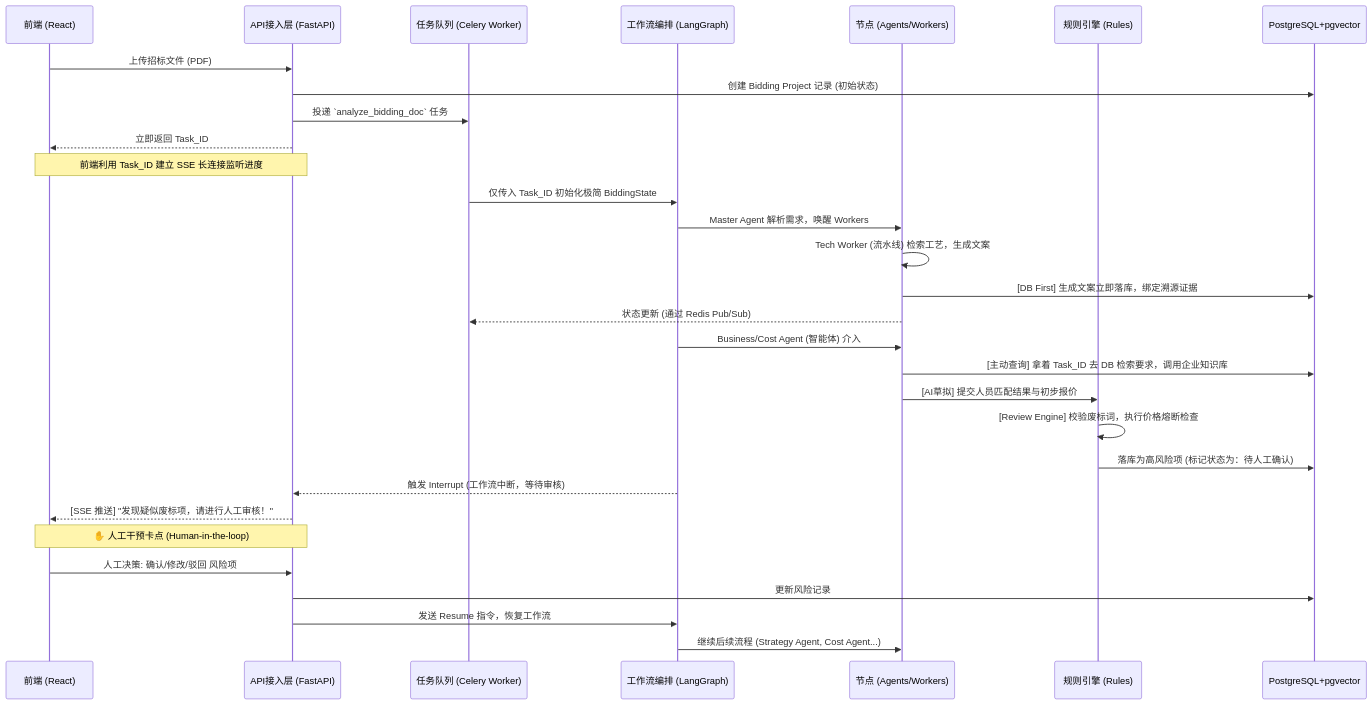
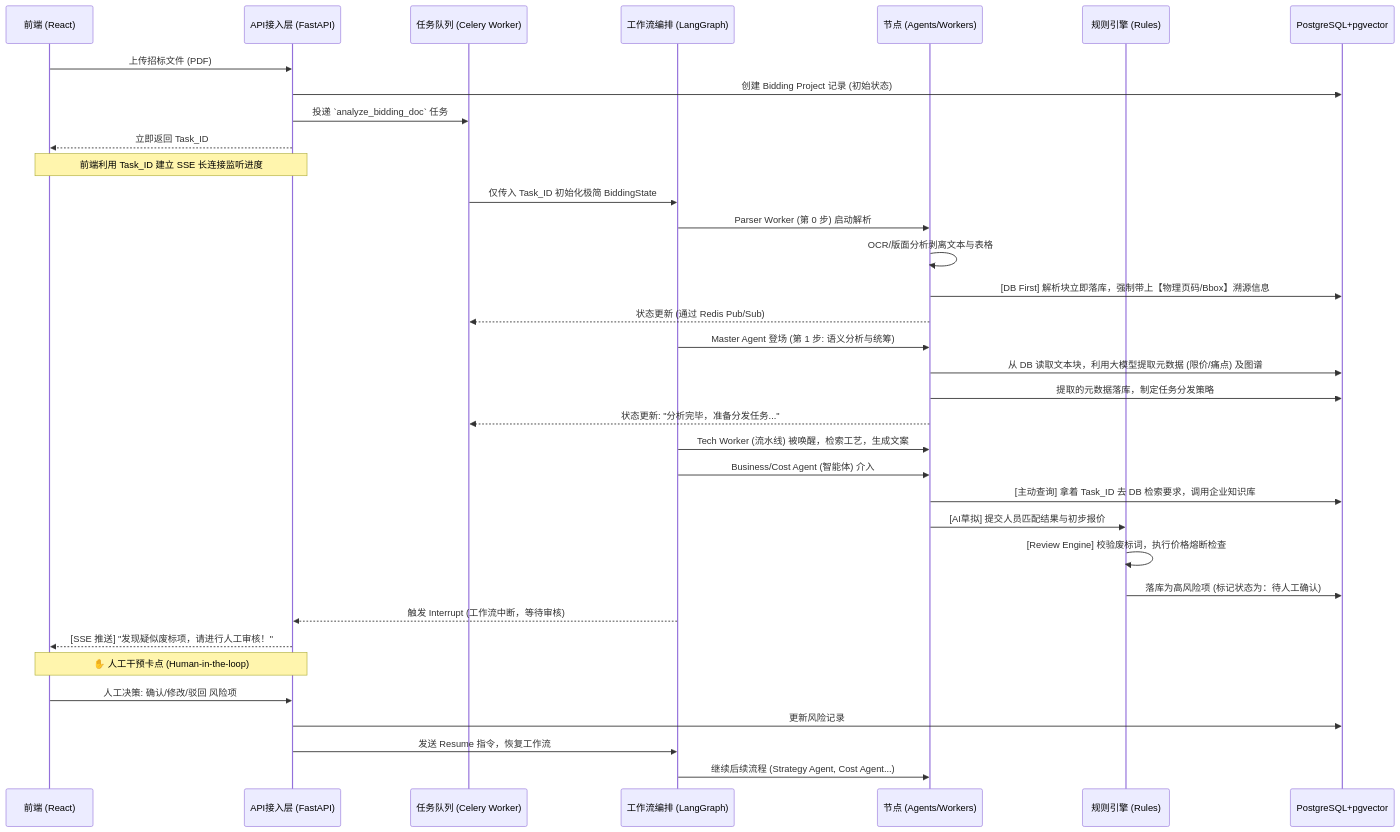
Before and after one commit to Jumao1225/bidding_sys: the diagram in docs/ARCHITECTURE_DESIGN.md, drawn with Mermaid. The commit also changed other lines of this file and 27 other files, not shown here.

````diff
--- a/docs/ARCHITECTURE_DESIGN.md
+++ b/docs/ARCHITECTURE_DESIGN.md
@@ -84,39 +86,46 @@
 ```mermaid
 sequenceDiagram
     participant Frontend as 前端 (React)
     participant FastAPI as API接入层 (FastAPI)
     participant Celery as 任务队列 (Celery Worker)
     participant LangGraph as 工作流编排 (LangGraph)
     participant Nodes as 节点 (Agents/Workers)
     participant RuleEngine as 规则引擎 (Rules)
     participant PG as PostgreSQL+pgvector
     
     Frontend->>FastAPI: 上传招标文件 (PDF)
     FastAPI->>PG: 创建 Bidding Project 记录 (初始状态)
     FastAPI->>Celery: 投递 `analyze_bidding_doc` 任务
     FastAPI-->>Frontend: 立即返回 Task_ID
     
     Note over Frontend,FastAPI: 前端利用 Task_ID 建立 SSE 长连接监听进度
     
     Celery->>LangGraph: 仅传入 Task_ID 初始化极简 BiddingState
-    LangGraph->>Nodes: Master Agent 解析需求，唤醒 Workers
-    Nodes->>Nodes: Tech Worker (流水线) 检索工艺，生成文案
-    Nodes->>PG: [DB First] 生成文案立即落库，绑定溯源证据
+    LangGraph->>Nodes: Parser Worker (第 0 步) 启动解析
+    Nodes->>Nodes: OCR/版面分析剥离文本与表格
+    Nodes->>PG: [DB First] 解析块立即落库，强制带上【物理页码/Bbox】溯源信息
     Nodes-->>Celery: 状态更新 (通过 Redis Pub/Sub)
+    
+    LangGraph->>Nodes: Master Agent 登场 (第 1 步: 语义分析与统筹)
+    Nodes->>PG: 从 DB 读取文本块，利用大模型提取元数据 (限价/痛点) 及图谱
+    Nodes->>PG: 提取的元数据落库，制定任务分发策略
+    Nodes-->>Celery: 状态更新: "分析完毕，准备分发任务..."
+    
+    LangGraph->>Nodes: Tech Worker (流水线) 被唤醒，检索工艺，生成文案
     
     LangGraph->>Nodes: Business/Cost Agent (智能体) 介入
     Nodes->>PG: [主动查询] 拿着 Task_ID 去 DB 检索要求，调用企业知识库
     Nodes->>RuleEngine: [AI草拟] 提交人员匹配结果与初步报价
     RuleEngine->>RuleEngine: [Review Engine] 校验废标词，执行价格熔断检查
     RuleEngine->>PG: 落库为高风险项 (标记状态为：待人工确认)
     
     LangGraph-->>FastAPI: 触发 Interrupt (工作流中断，等待审核)
     FastAPI-->>Frontend: [SSE 推送] "发现疑似废标项，请进行人工审核！"
     
     Note over Frontend,FastAPI: ✋ 人工干预卡点 (Human-in-the-loop)
     Frontend->>FastAPI: 人工决策: 确认/修改/驳回 风险项
     FastAPI->>PG: 更新风险记录
     FastAPI->>LangGraph: 发送 Resume 指令，恢复工作流
     
     LangGraph->>Nodes: 继续后续流程 (Strategy Agent, Cost Agent...)
 ```
````
